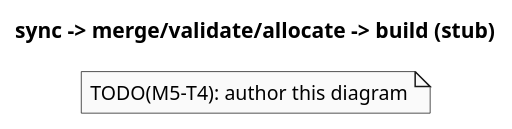
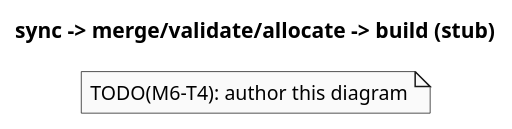
Before and after one commit to rticx-rs/rticx: the diagram in experiments/multibinary/docs/diagrams/02-sync-build-pipeline.puml, drawn with PlantUML. The commit also changed 37 other files, not shown here.

```diff
--- a/experiments/multibinary/docs/diagrams/02-sync-build-pipeline.puml
+++ b/experiments/multibinary/docs/diagrams/02-sync-build-pipeline.puml
@@ -1,14 +1,14 @@
 @startuml 02-sync-build-pipeline
 ' Diagram 2 — Phase 1 sync -> merge/validate/allocate -> Phase 2 build pipeline.
 ' Source of truth: docs/architecture.md §3–§4, plan §7–§8.
-' TODO(M5-T4): author this diagram.
+' TODO(M6-T4): author this diagram.
 
 title sync -> merge/validate/allocate -> build (stub)
 
 skinparam shadowing false
 skinparam monochrome true
 skinparam defaultFontName monospace
 
-note "TODO(M5-T4): author this diagram" as todo
+note "TODO(M6-T4): author this diagram" as todo
 
 @enduml
```
